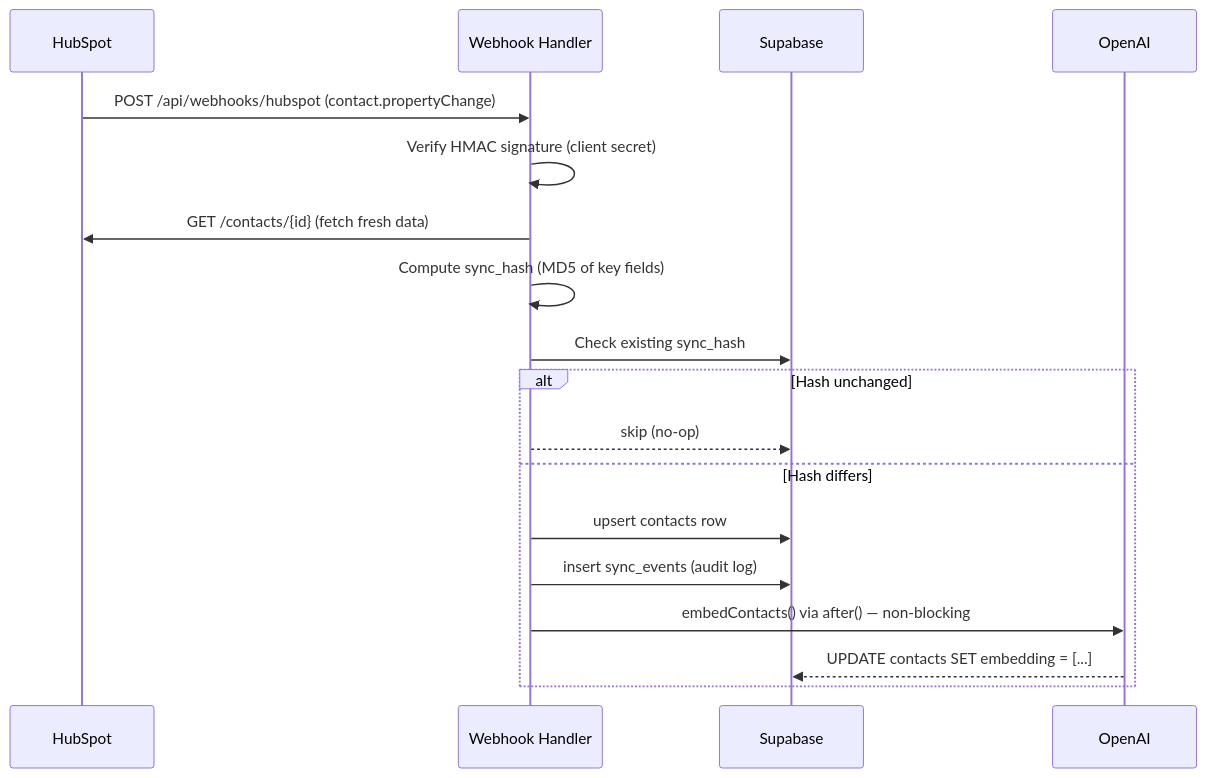
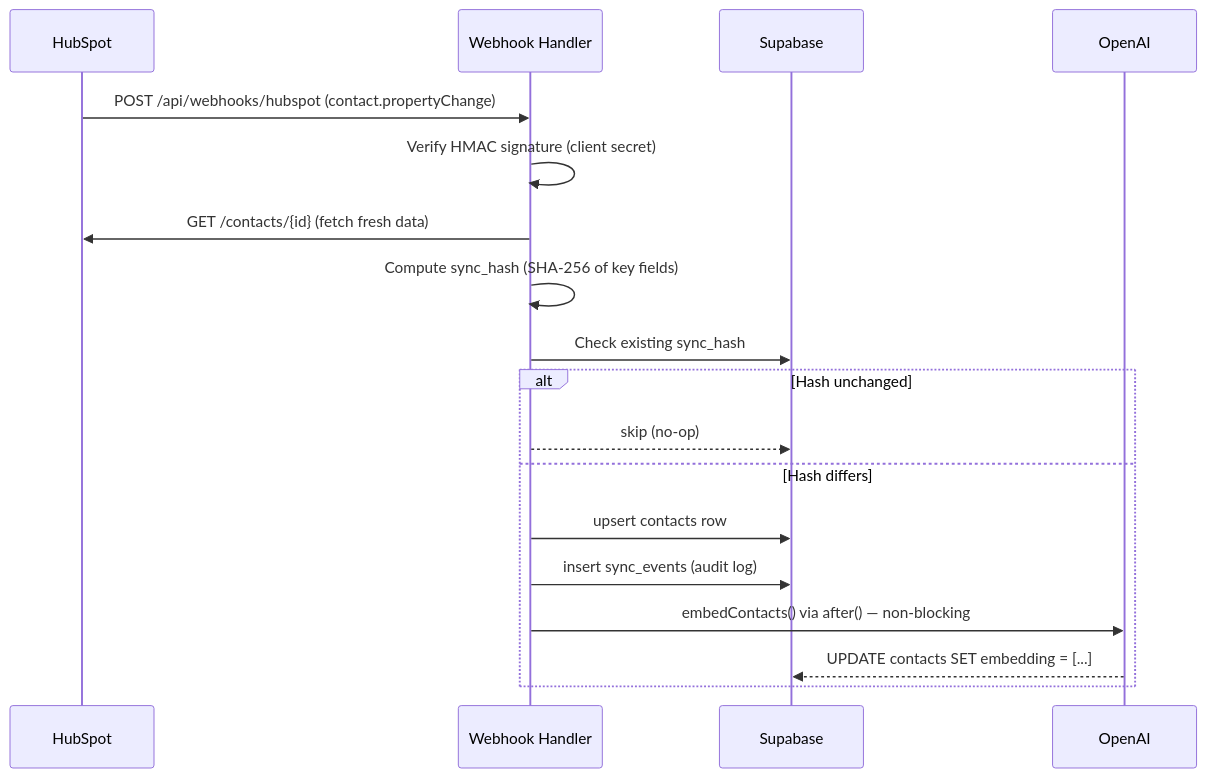
The second of 4 diagrams in ARCHITECTURE.md (HX-MPrecelle/challenge-contactship), drawn with Mermaid before and after one commit. The commit also changed other lines of this file, not shown here.

Commit message:
docs(architecture): fix factual errors — SHA-256 not MD5, 475 i18n keys, 11 E2E specs

````diff
--- a/ARCHITECTURE.md
+++ b/ARCHITECTURE.md
@@ -36,21 +36,21 @@
 ```mermaid
 sequenceDiagram
     participant HS as HubSpot
     participant WH as Webhook Handler
     participant DB as Supabase
     participant AI as OpenAI
 
     HS->>WH: POST /api/webhooks/hubspot (contact.propertyChange)
     WH->>WH: Verify HMAC signature (client secret)
     WH->>HS: GET /contacts/{id} (fetch fresh data)
-    WH->>WH: Compute sync_hash (MD5 of key fields)
+    WH->>WH: Compute sync_hash (SHA-256 of key fields)
     WH->>DB: Check existing sync_hash
     alt Hash unchanged
         WH-->>DB: skip (no-op)
     else Hash differs
         WH->>DB: upsert contacts row
         WH->>DB: insert sync_events (audit log)
         WH->>AI: embedContacts() via after() — non-blocking
         AI-->>DB: UPDATE contacts SET embedding = [...]
     end
 ```
````
